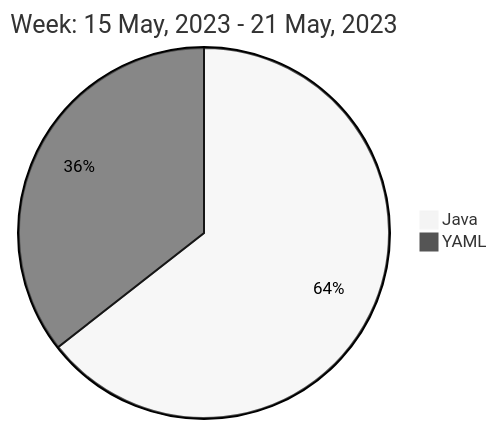
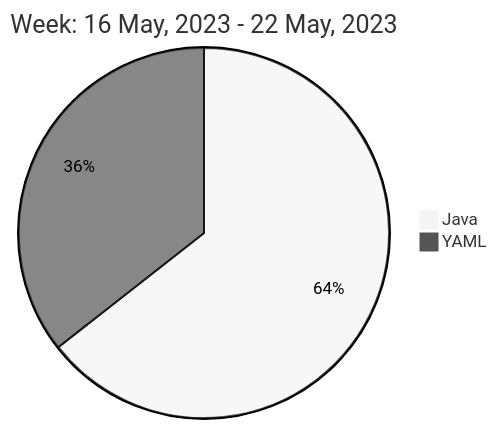
One commit to liubin95/liubin95 changed the diagram in README.md. Above: the diagram before and after it, drawn with Mermaid (neutral theme).

Commit message:
Updated the Graph with new Metrics

````diff
--- a/README.md
+++ b/README.md
@@ -40,6 +40,6 @@
 ```mermaid
  pie
-title Week: 15 May, 2023 - 21 May, 2023
- "Java" : 7.88
- "YAML" : 4.35
+title Week: 16 May, 2023 - 22 May, 2023
+ "Java" : 6.88
+ "YAML" : 3.8
 ```
````
